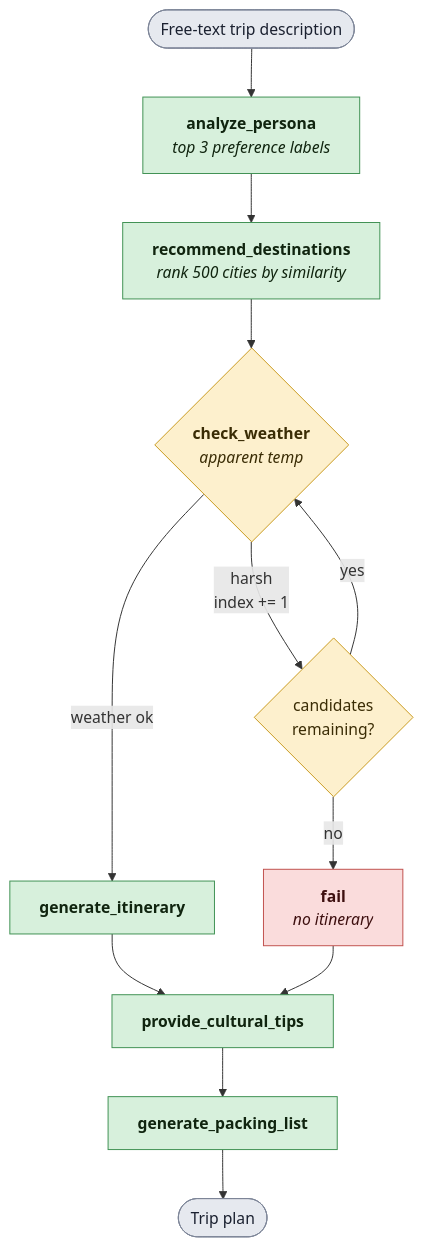
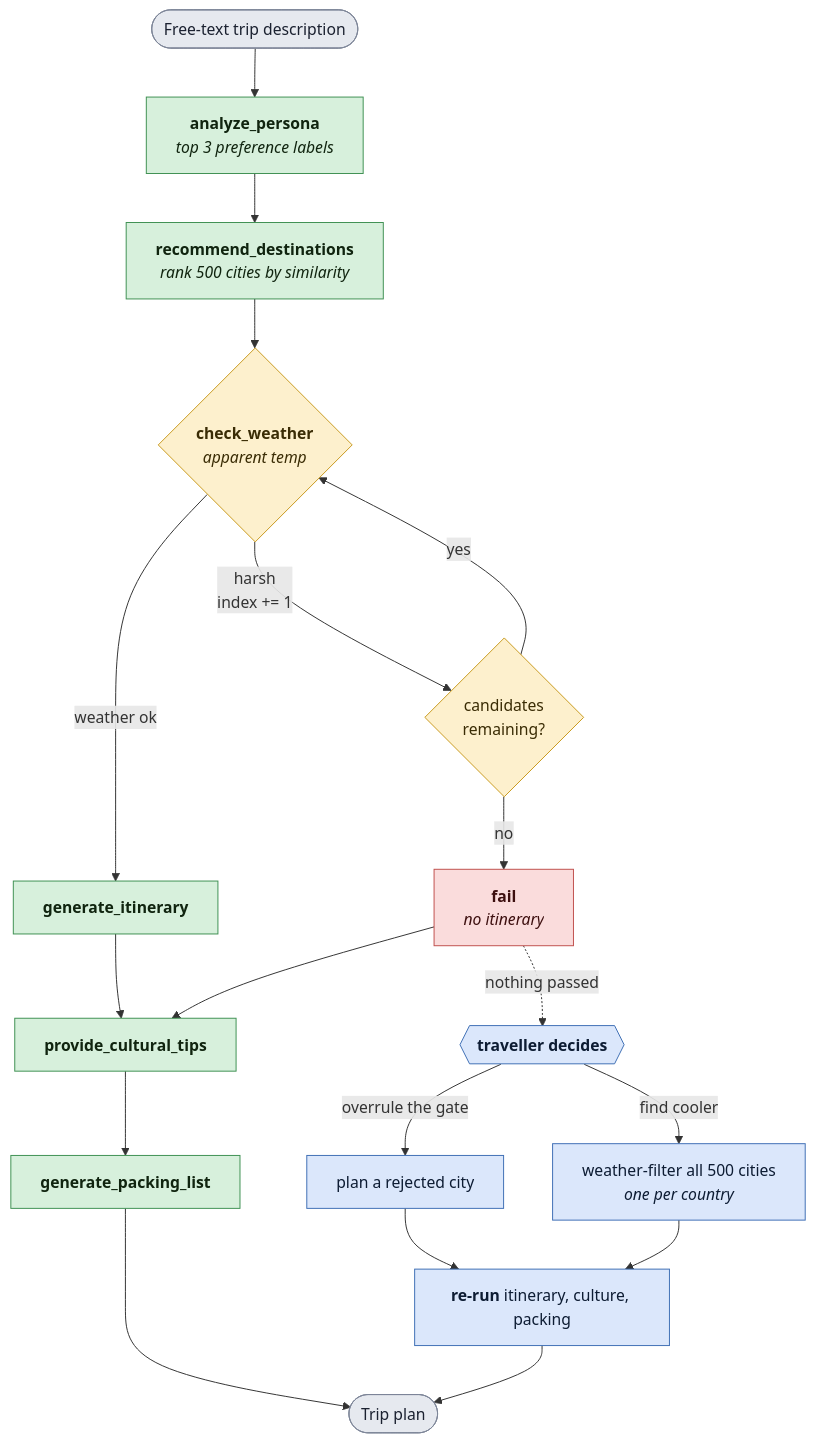
One commit to madhumitha-gv/Multi-Agent-Travel-Discovery-Planner changed the diagram in README.md. Above: the diagram before and after it, drawn with Mermaid. The commit also changed other lines of this file, not shown here.

Commit message:
Show human-in-the-loop step in flow diagram

````diff
--- a/README.md
+++ b/README.md
@@ -84,26 +84,35 @@
 ```mermaid
 flowchart TD
     IN(["Free-text trip description"]) --> P["<b>analyze_persona</b><br/><i>top 3 preference labels</i>"]
     P --> R["<b>recommend_destinations</b><br/><i>rank 500 cities by similarity</i>"]
     R --> W{"<b>check_weather</b><br/><i>apparent temp</i>"}
 
     W -- "weather ok" --> IT["<b>generate_itinerary</b>"]
     W -- "harsh<br/>index += 1" --> MORE{"candidates<br/>remaining?"}
     MORE -- "yes" --> W
     MORE -- "no" --> FAIL["<b>fail</b><br/><i>no itinerary</i>"]
 
     IT --> CU["<b>provide_cultural_tips</b>"]
     FAIL --> CU
     CU --> PK["<b>generate_packing_list</b>"]
     PK --> OUT(["Trip plan"])
 
+    FAIL -. "nothing passed" .-> ASK{{"<b>traveller decides</b>"}}
+    ASK -- "overrule the gate" --> ANY["plan a rejected city"]
+    ASK -- "find cooler" --> COOL["weather-filter all 500 cities<br/><i>one per country</i>"]
+    ANY --> RE["<b>re-run</b> itinerary, culture, packing"]
+    COOL --> RE
+    RE --> OUT
+
     classDef ok fill:#d7f0dc,stroke:#3f9153,color:#10240f
     classDef gate fill:#fdf0cd,stroke:#c99a1e,color:#3a2c05
     classDef bad fill:#fadcdc,stroke:#c0504d,color:#3d0f0f
     classDef io fill:#e6e9ef,stroke:#7d8698,color:#1b2130
+    classDef human fill:#dbe7fb,stroke:#3f6fb5,color:#0d1c33
 
     class P,R,IT,CU,PK ok
     class W,MORE gate
     class FAIL bad
     class IN,OUT io
+    class ASK,ANY,COOL,RE human
 ```
````
